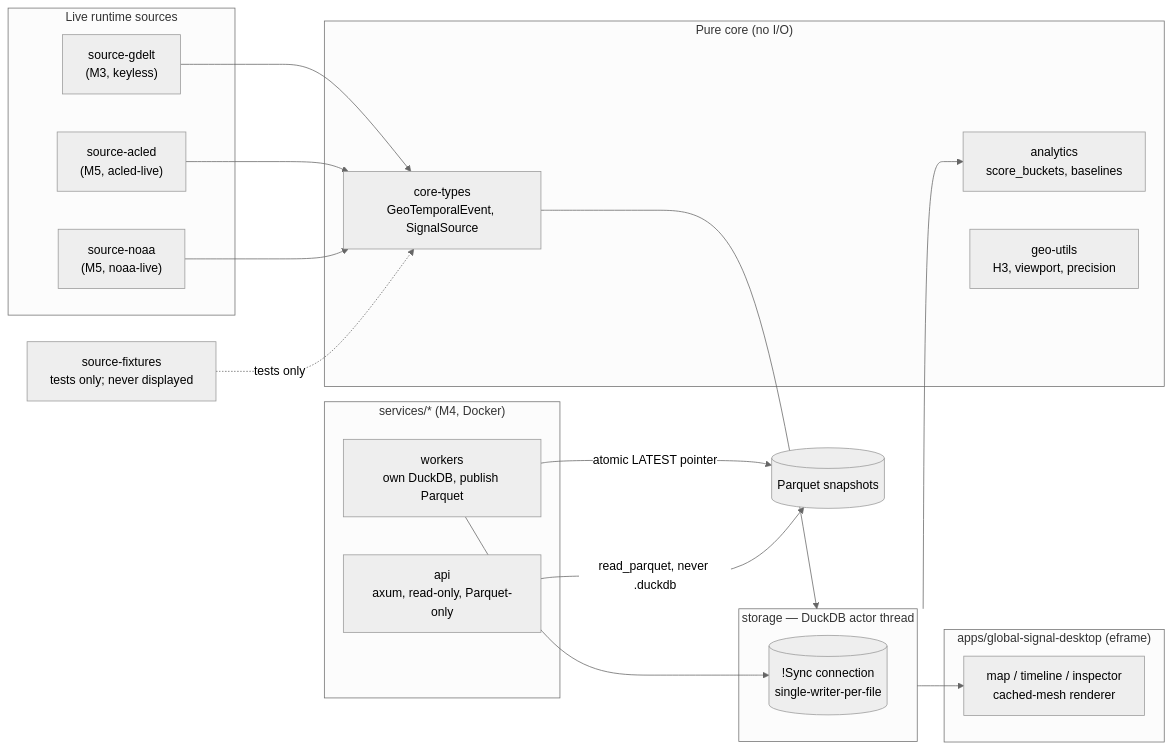
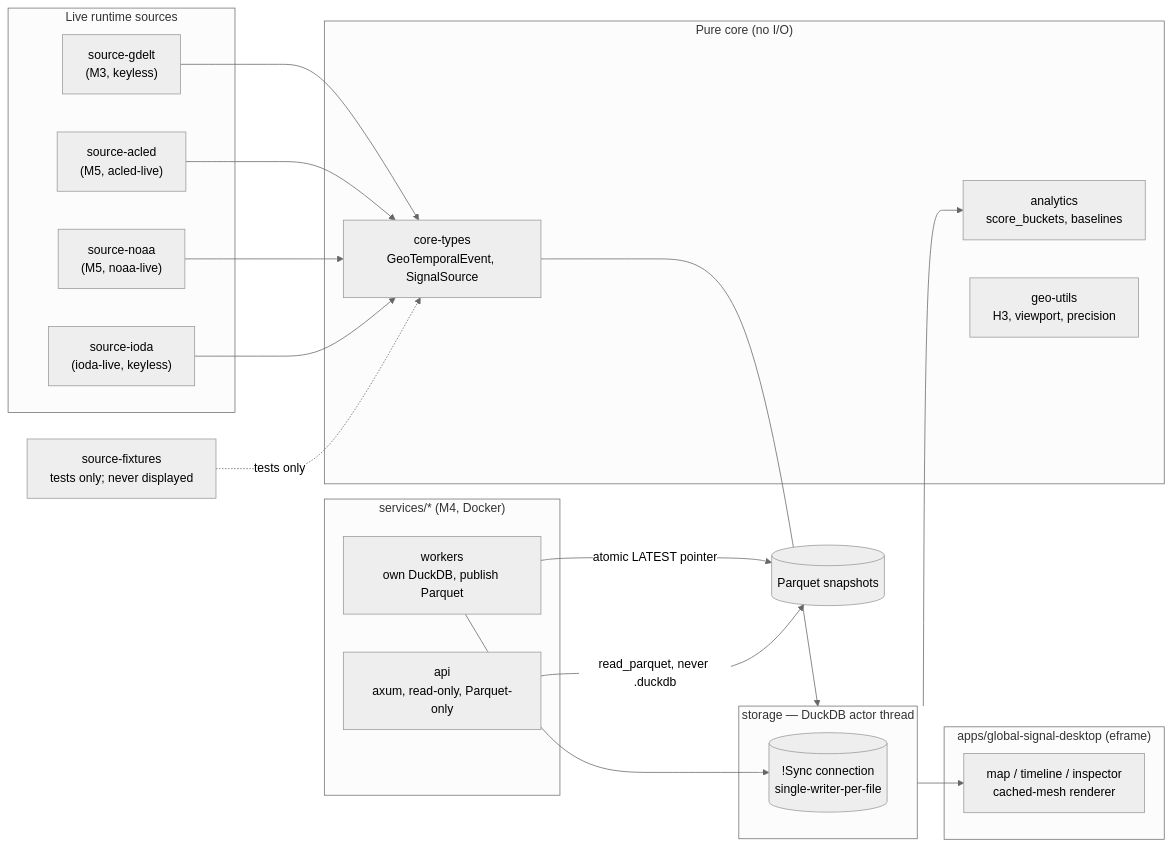
Before and after one commit to arcTanMyAngle/global_unrest: the diagram in README.md, drawn with Mermaid (neutral theme). The commit also changed other lines of this file and 6 other files, not shown here.

First line of the commit message:
docs: IODA source documentation pass

````diff
--- a/README.md
+++ b/README.md
@@ -76,41 +79,43 @@
 ```mermaid
 flowchart LR
     subgraph Sources["Live runtime sources"]
         GDELT["source-gdelt\n(M3, keyless)"]
         ACLED["source-acled\n(M5, acled-live)"]
         NOAA["source-noaa\n(M5, noaa-live)"]
+        IODA["source-ioda\n(ioda-live, keyless)"]
     end
 
     FIX["source-fixtures\ntests only; never displayed"]
 
     subgraph Core["Pure core (no I/O)"]
         CT["core-types\nGeoTemporalEvent, SignalSource"]
         AN["analytics\nscore_buckets, baselines"]
         GEO["geo-utils\nH3, viewport, precision"]
     end
 
     subgraph Storage["storage — DuckDB actor thread"]
         DB[("!Sync connection\nsingle-writer-per-file")]
     end
 
     GDELT --> CT
     ACLED --> CT
     NOAA --> CT
+    IODA --> CT
     FIX -. tests only .-> CT
     CT --> Storage
     Storage --> AN
 
     subgraph Desktop["apps/global-signal-desktop (eframe)"]
         UI["map / timeline / inspector\ncached-mesh renderer"]
     end
 
     subgraph Services["services/* (M4, Docker)"]
         WORKER["workers\nown DuckDB, publish Parquet"]
         API["api\naxum, read-only, Parquet-only"]
     end
 
     Storage --> UI
     WORKER --> DB
     WORKER -- "atomic LATEST pointer" --> SNAP[("Parquet snapshots")]
     API -- "read_parquet, never .duckdb" --> SNAP
 ```
````
